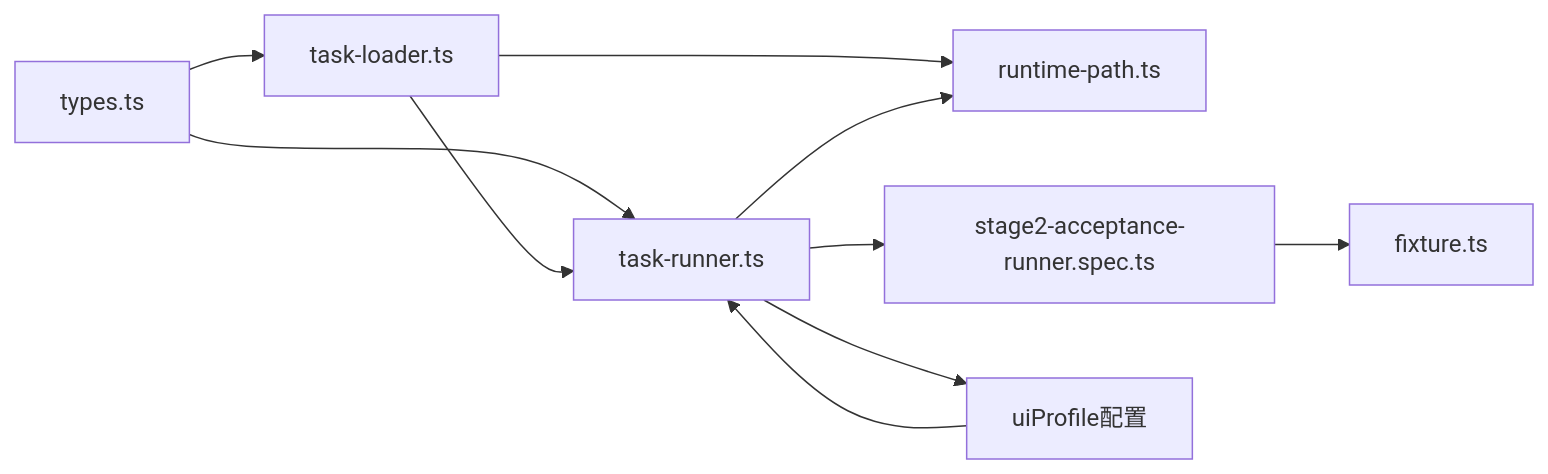
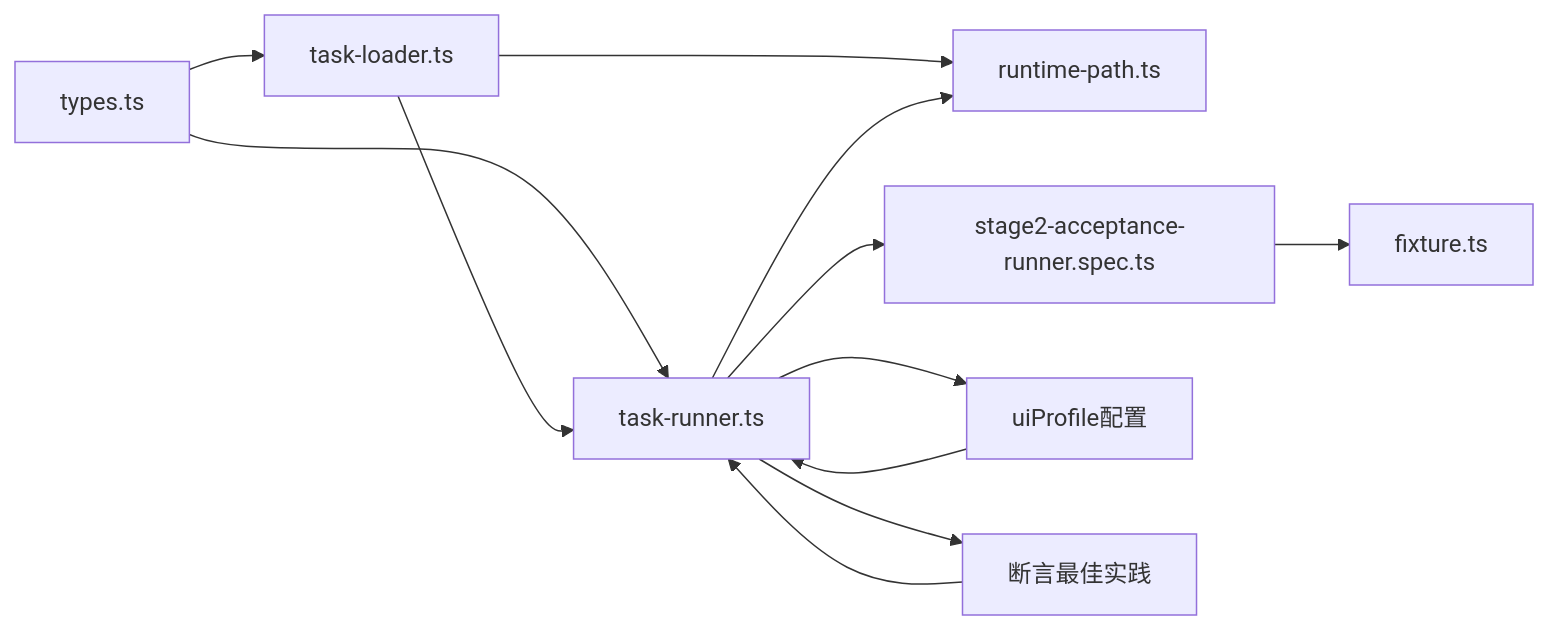
One commit to Jiane-EJ/playwright-mind changed the fourth of 4 diagrams in .qoder/repowiki/zh/content/任务系统/任务模板使用.md. Above: the diagram before and after it, drawn with Mermaid. The commit also changed other lines of this file and 7 other files, not shown here.

````diff
--- a/.qoder/repowiki/zh/content/任务系统/任务模板使用.md
+++ b/.qoder/repowiki/zh/content/任务系统/任务模板使用.md
@@ -287,12 +326,14 @@
 ```mermaid
 graph LR
 Types["types.ts"] --> Loader["task-loader.ts"]
 Types --> Runner["task-runner.ts"]
 Loader --> Runner
 Loader --> RuntimeCfg["runtime-path.ts"]
 Runner --> RuntimeCfg
 Runner --> Spec["stage2-acceptance-runner.spec.ts"]
 Runner --> UIP["uiProfile配置"]
+Runner --> AssertBestPractice["断言最佳实践"]
 Spec --> Fixture["fixture.ts"]
 UIP --> Runner
+AssertBestPractice --> Runner
 ```
````
